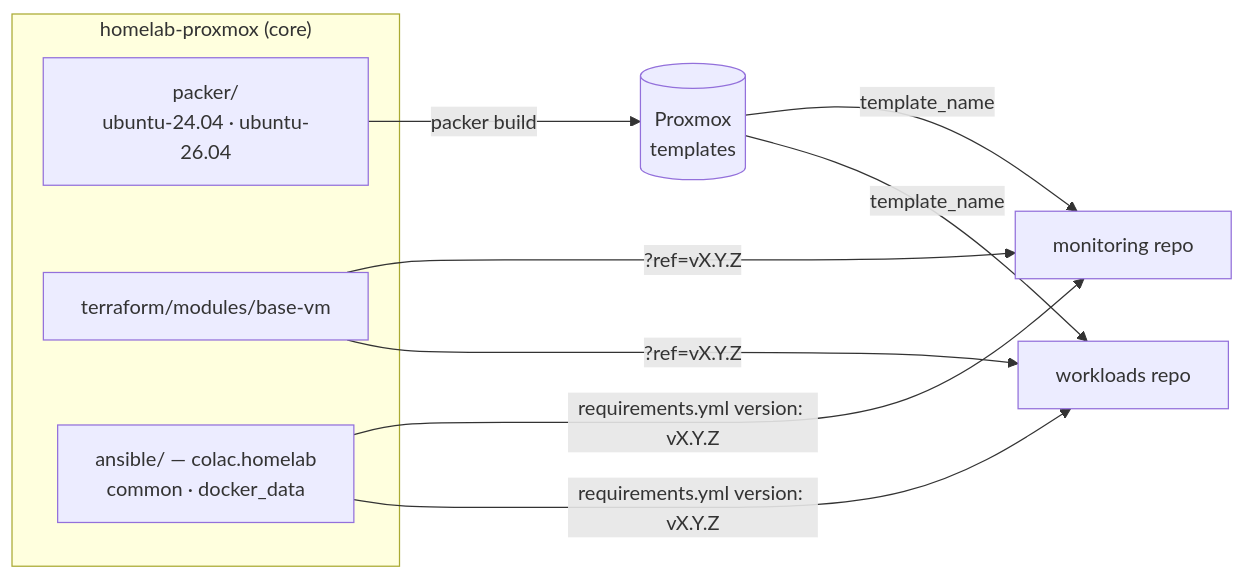
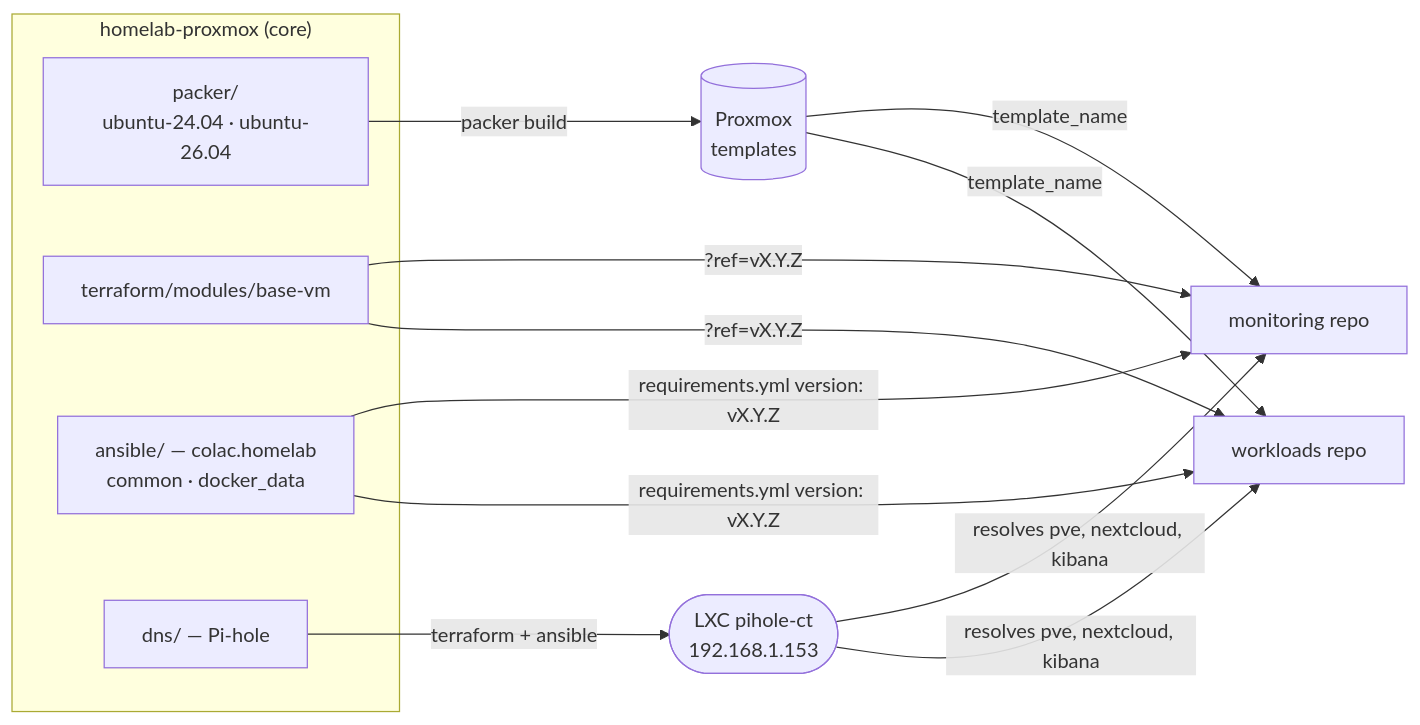
The diagram in README.md (colac/homelab-proxmox), drawn with Mermaid before and after one commit. The commit also changed other lines of this file and 34 other files, not shown here.

First line of the commit message:
feat(dns): run the LAN's Pi-hole as code in core

````diff
--- a/README.md
+++ b/README.md
@@ -33,16 +34,20 @@
 ```mermaid
 flowchart LR
   subgraph core["homelab-proxmox (core)"]
     pk["packer/<br/>ubuntu-24.04 · ubuntu-26.04"]
     bv["terraform/modules/base-vm"]
     cl["ansible/ — colac.homelab<br/>common · docker_data"]
+    dns["dns/ — Pi-hole"]
   end
   pve[("Proxmox<br/>templates")]
+  ct(["LXC pihole-ct<br/>192.168.1.153"])
   mon["monitoring repo"]
   wl["workloads repo"]
 
   pk -- "packer build" --> pve
   pve -- "template_name" --> mon & wl
   bv -- "?ref=vX.Y.Z" --> mon & wl
   cl -- "requirements.yml version: vX.Y.Z" --> mon & wl
+  dns -- "terraform + ansible" --> ct
+  ct -- "resolves pve, nextcloud, kibana" --> mon & wl
 ```
````
